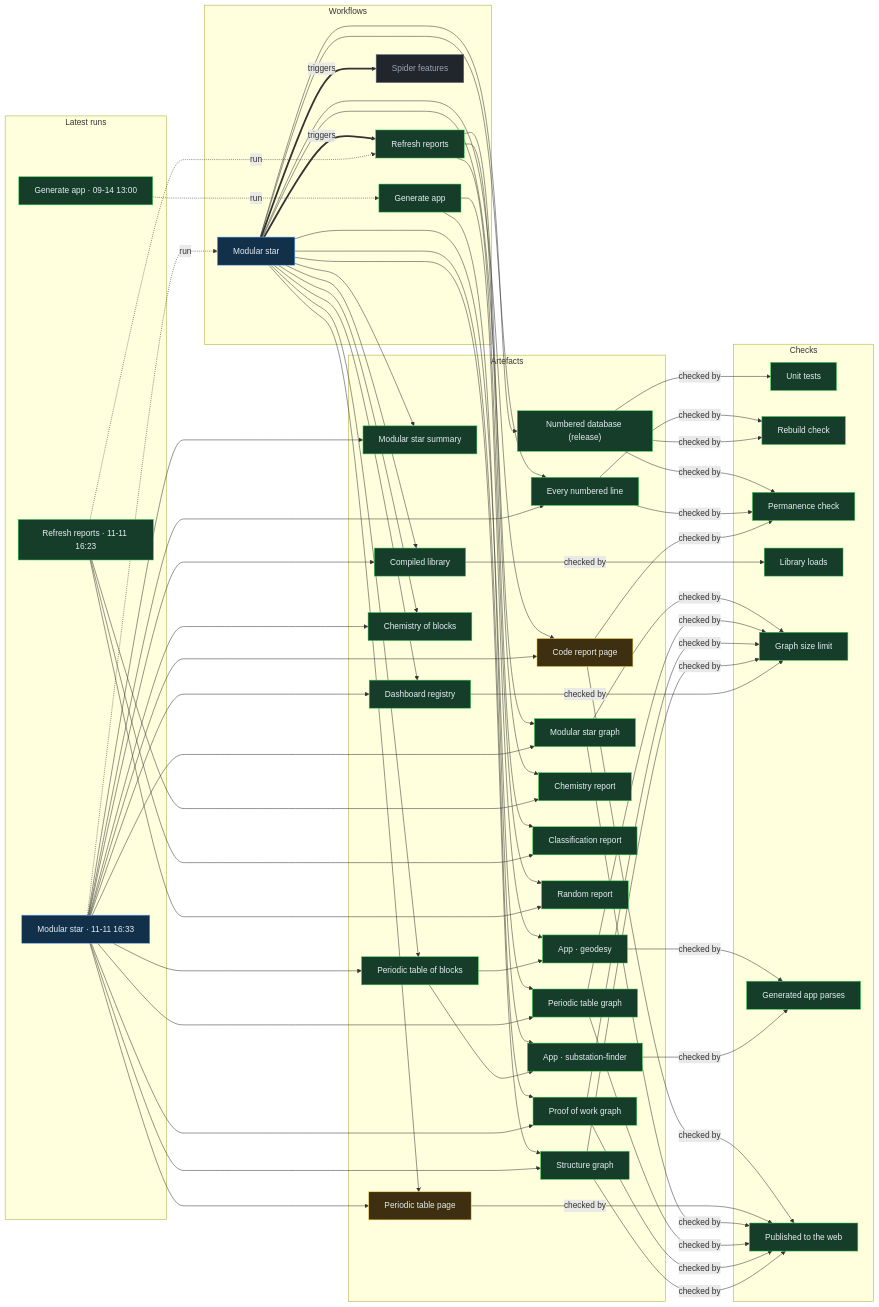
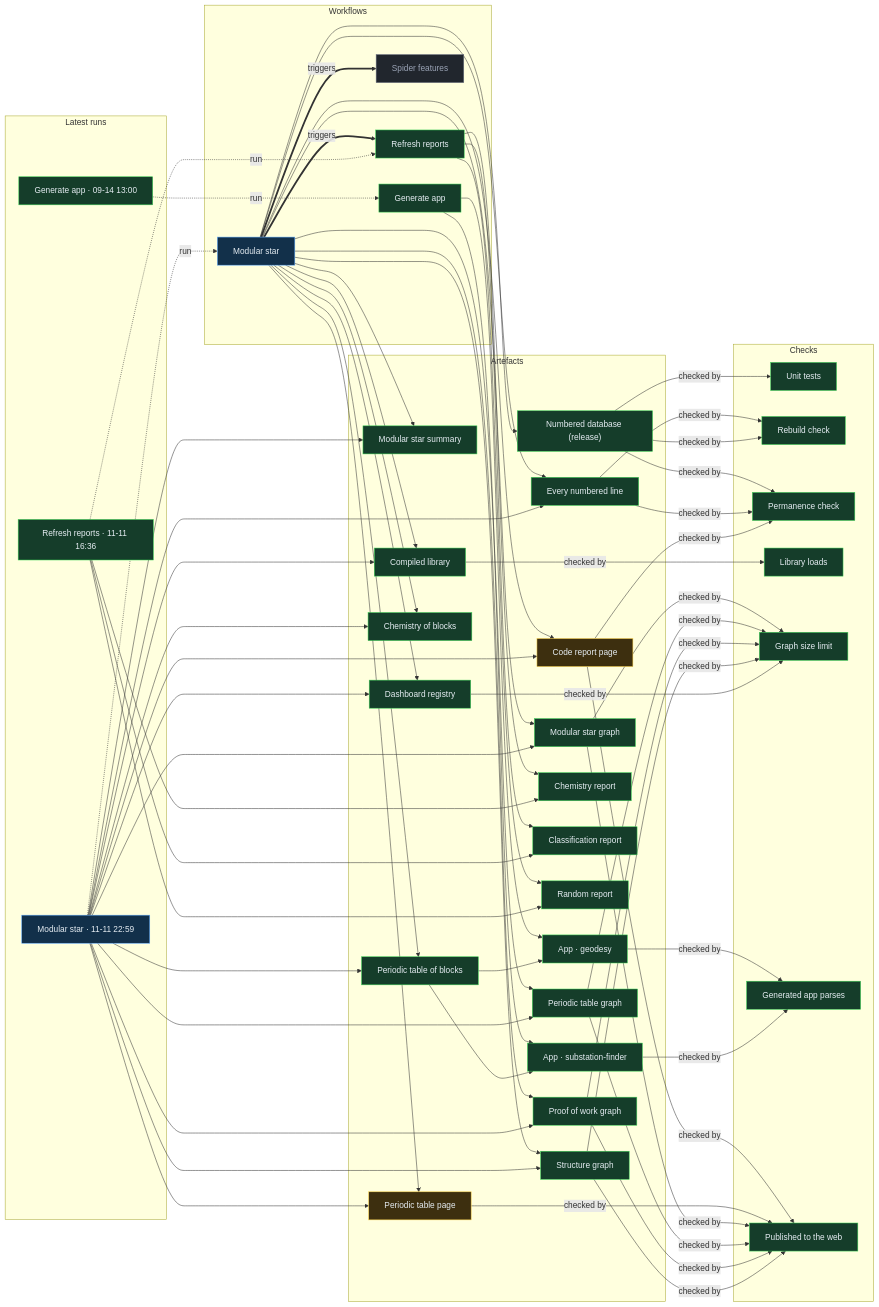
Before and after one commit to Ventusltd/stars: the diagram in proof/PROOF.md, drawn with Mermaid. The commit also changed other lines of this file and 49 other files, not shown here.

Commit message:
Modular star 2026-11-11T23:02Z

```diff
--- a/proof/PROOF.md
+++ b/proof/PROOF.md
@@ -24,8 +24,8 @@
   n_wf_spider_features["Spider features"]:::off
   end
   subgraph g_runs["Latest runs"]
-  n_run_43059452983["Modular star · 11-11 16:33"]:::live
-  n_run_43057838883["Refresh reports · 11-11 16:23"]:::ok
+  n_run_43116268016["Modular star · 11-11 22:59"]:::live
+  n_run_43059954088["Refresh reports · 11-11 16:36"]:::ok
   n_run_34846587798["Generate app · 09-14 13:00"]:::ok
   end
   subgraph g_artefacts["Artefacts"]
@@ -59,39 +59,39 @@
   end
   n_wf_modular_star == triggers ==> n_wf_refresh
   n_wf_modular_star == triggers ==> n_wf_spider_features
-  n_run_43059452983 -. run .-> n_wf_modular_star
-  n_run_43057838883 -. run .-> n_wf_refresh
+  n_run_43116268016 -. run .-> n_wf_modular_star
+  n_run_43059954088 -. run .-> n_wf_refresh
   n_run_34846587798 -. run .-> n_wf_generate
   n_wf_modular_star --> n_art_summary
-  n_run_43059452983 --> n_art_summary
+  n_run_43116268016 --> n_art_summary
   n_wf_modular_star --> n_art_lines
-  n_run_43059452983 --> n_art_lines
+  n_run_43116268016 --> n_art_lines
   n_wf_modular_star --> n_art_code
-  n_run_43059452983 --> n_art_code
+  n_run_43116268016 --> n_art_code
   n_wf_modular_star --> n_art_modular_graph
-  n_run_43059452983 --> n_art_modular_graph
+  n_run_43116268016 --> n_art_modular_graph
   n_wf_modular_star --> n_art_blocks
-  n_run_43059452983 --> n_art_blocks
+  n_run_43116268016 --> n_art_blocks
   n_wf_modular_star --> n_art_table
-  n_run_43059452983 --> n_art_table
+  n_run_43116268016 --> n_art_table
   n_wf_modular_star --> n_art_blocks_graph
-  n_run_43059452983 --> n_art_blocks_graph
+  n_run_43116268016 --> n_art_blocks_graph
   n_wf_modular_star --> n_art_reactions
-  n_run_43059452983 --> n_art_reactions
+  n_run_43116268016 --> n_art_reactions
   n_wf_modular_star --> n_art_library
-  n_run_43059452983 --> n_art_library
+  n_run_43116268016 --> n_art_library
   n_wf_modular_star --> n_art_features
-  n_run_43059452983 --> n_art_features
+  n_run_43116268016 --> n_art_features
   n_wf_modular_star --> n_art_proof
-  n_run_43059452983 --> n_art_proof
+  n_run_43116268016 --> n_art_proof
   n_wf_modular_star --> n_art_structure
-  n_run_43059452983 --> n_art_structure
+  n_run_43116268016 --> n_art_structure
   n_wf_refresh --> n_art_chemistry
-  n_run_43057838883 --> n_art_chemistry
+  n_run_43059954088 --> n_art_chemistry
   n_wf_refresh --> n_art_vedic
-  n_run_43057838883 --> n_art_vedic
+  n_run_43059954088 --> n_art_vedic
   n_wf_refresh --> n_art_random
-  n_run_43057838883 --> n_art_random
+  n_run_43059954088 --> n_art_random
   n_wf_modular_star --> n_art_release
   n_wf_generate --> n_app_geodesy
   n_art_blocks --> n_app_geodesy
```
